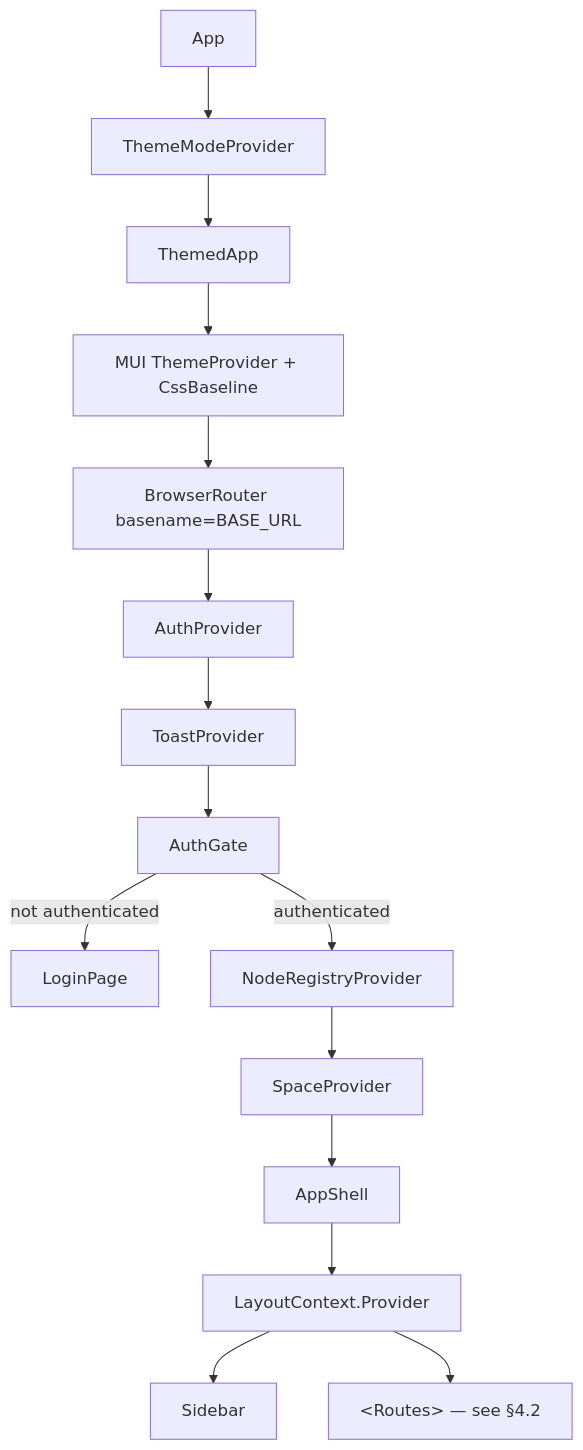
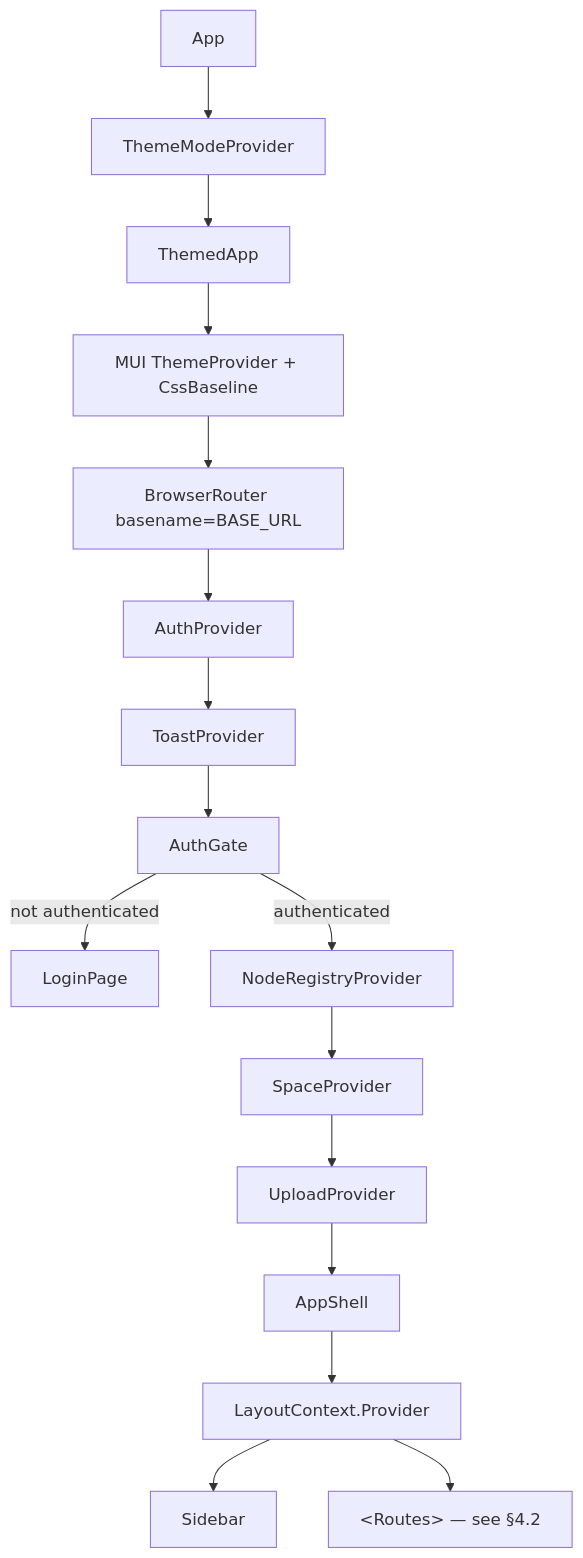
One commit to metaloom/metaloom changed the diagram in spec/loom/ui/LOOM_UI.md. Above: the diagram before and after it, drawn with Mermaid. The commit also changed other lines of this file and 278 other files, not shown here.

````diff
--- a/spec/loom/ui/LOOM_UI.md
+++ b/spec/loom/ui/LOOM_UI.md
@@ -109,17 +110,18 @@
 ```mermaid
 graph TD
     App --> ThemeModeProvider
     ThemeModeProvider --> ThemedApp
     ThemedApp --> MUIThemeProvider[MUI ThemeProvider + CssBaseline]
     MUIThemeProvider --> BrowserRouter["BrowserRouter basename=BASE_URL"]
     BrowserRouter --> AuthProvider
     AuthProvider --> ToastProvider
     ToastProvider --> AuthGate
     AuthGate -->|not authenticated| LoginPage
     AuthGate -->|authenticated| NodeRegistryProvider
     NodeRegistryProvider --> SpaceProvider
-    SpaceProvider --> AppShell
+    SpaceProvider --> UploadProvider
+    UploadProvider --> AppShell
     AppShell --> LayoutContext[LayoutContext.Provider]
     LayoutContext --> Sidebar
     LayoutContext --> RouteTable["&lt;Routes&gt; — see §4.2"]
 ```
````
